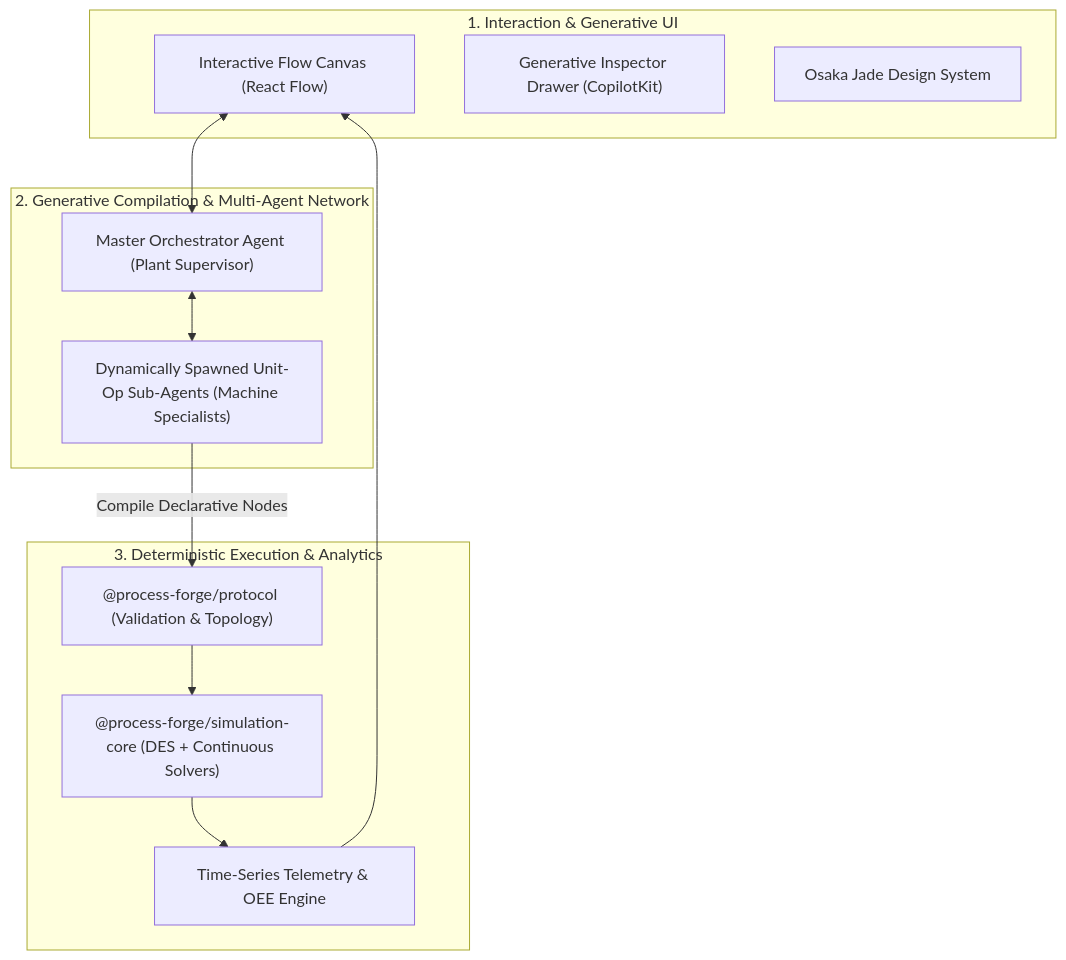
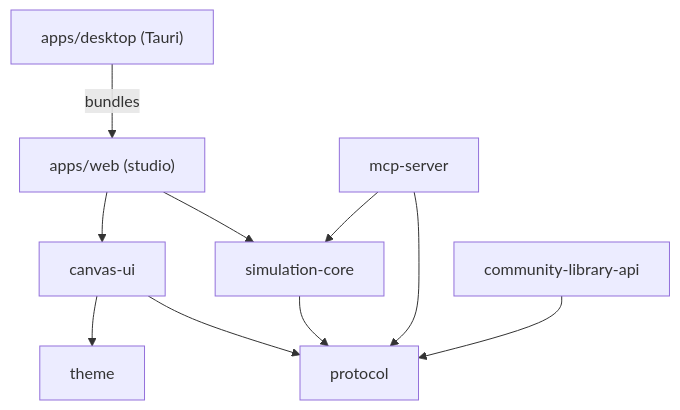
Before and after one commit to omeaga1/process-forge: the diagram in docs/architecture/01-system-overview.md, drawn with Mermaid. The commit also changed other lines of this file and 32 other files, not shown here.

````diff
--- a/docs/architecture/01-system-overview.md
+++ b/docs/architecture/01-system-overview.md
@@ -16,26 +21,12 @@
 ```mermaid
 graph TD
-    subgraph UI_Layer["1. Interaction & Generative UI"]
-        Canvas["Interactive Flow Canvas (React Flow)"]
-        Inspector["Generative Inspector Drawer (CopilotKit)"]
-        Theme["Osaka Jade Design System"]
-    end
-
-    subgraph Agent_Layer["2. Generative Compilation & Multi-Agent Network"]
-        Master["Master Orchestrator Agent (Plant Supervisor)"]
-        SubAgents["Dynamically Spawned Unit-Op Sub-Agents (Machine Specialists)"]
-    end
-
-    subgraph Engine_Layer["3. Deterministic Execution & Analytics"]
-        Protocol["@process-forge/protocol (Validation & Topology)"]
-        Core["@process-forge/simulation-core (DES + Continuous Solvers)"]
-        Telemetry["Time-Series Telemetry & OEE Engine"]
-    end
-
-    Canvas <--> Master
-    Master <--> SubAgents
-    SubAgents -->|Compile Declarative Nodes| Protocol
-    Protocol --> Core
-    Core --> Telemetry
-    Telemetry --> Canvas
+    Web["apps/web (studio)"] --> Canvas["canvas-ui"]
+    Web --> Sim["simulation-core"]
+    Canvas --> Protocol["protocol"]
+    Canvas --> Theme["theme"]
+    Sim --> Protocol
+    MCP["mcp-server"] --> Protocol
+    MCP --> Sim
+    API["community-library-api"] --> Protocol
+    Desktop["apps/desktop (Tauri)"] -->|bundles| Web
 ```
````
